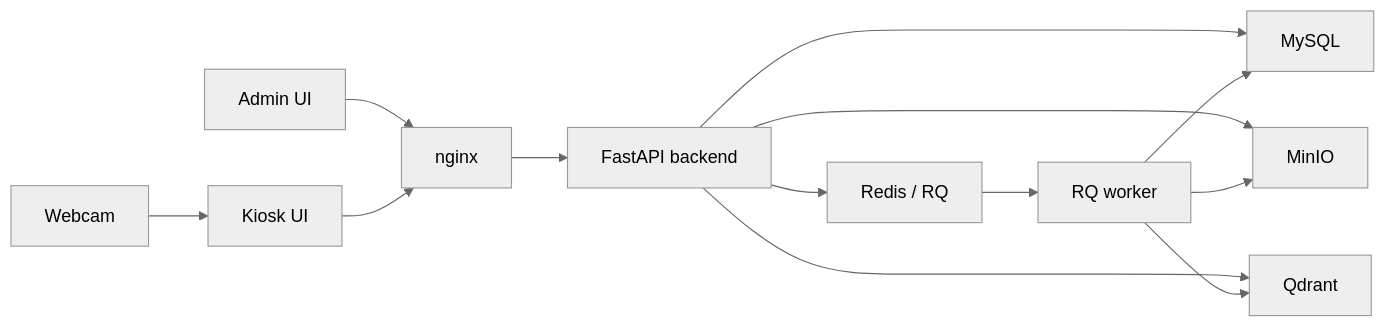
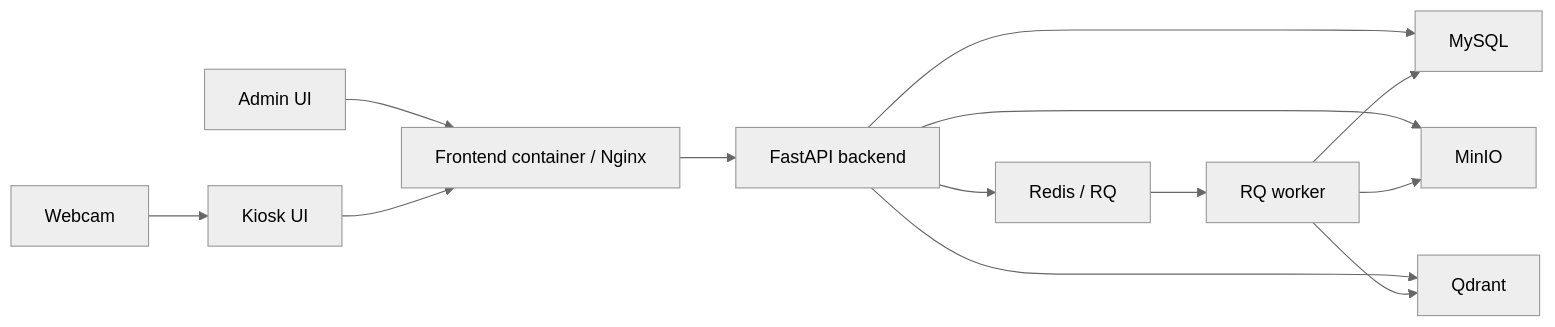
One commit to nguyenthanhlam2812/BTL_2526II_AIT3004_2-facial-recognition-system changed the first of 5 diagrams in docs/diagrams.md. Above: the diagram before and after it, drawn with Mermaid (neutral theme). The commit also changed 7 other files, not shown here.

Commit message:
add nginx-based frontend container

````diff
--- a/docs/diagrams.md
+++ b/docs/diagrams.md
@@ -7,26 +7,26 @@
 ```mermaid
 flowchart LR
     Admin["Admin UI"]
     Kiosk["Kiosk UI"]
-    Nginx["nginx"]
+    Frontend["Frontend container / Nginx"]
     Backend["FastAPI backend"]
     Worker["RQ worker"]
     Redis["Redis / RQ"]
     MySQL["MySQL"]
     MinIO["MinIO"]
     Qdrant["Qdrant"]
     Camera["Webcam"]
 
-    Admin --> Nginx
-    Kiosk --> Nginx
+    Admin --> Frontend
+    Kiosk --> Frontend
     Camera --> Kiosk
-    Nginx --> Backend
+    Frontend --> Backend
     Backend --> MySQL
     Backend --> MinIO
     Backend --> Qdrant
     Backend --> Redis
     Redis --> Worker
     Worker --> MinIO
     Worker --> Qdrant
     Worker --> MySQL
 ```
````
